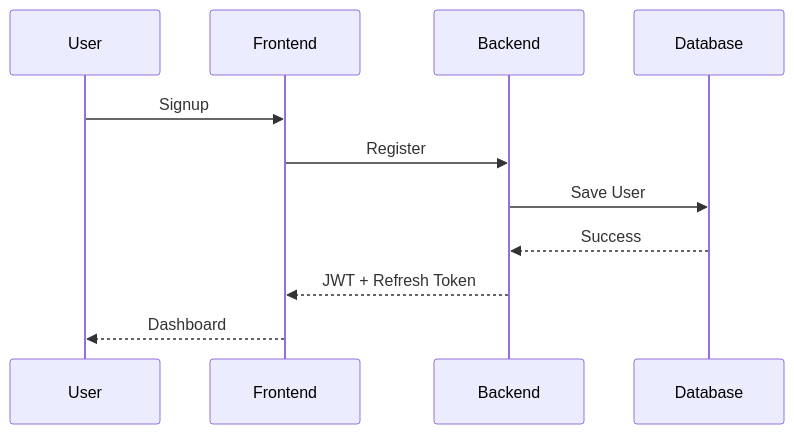
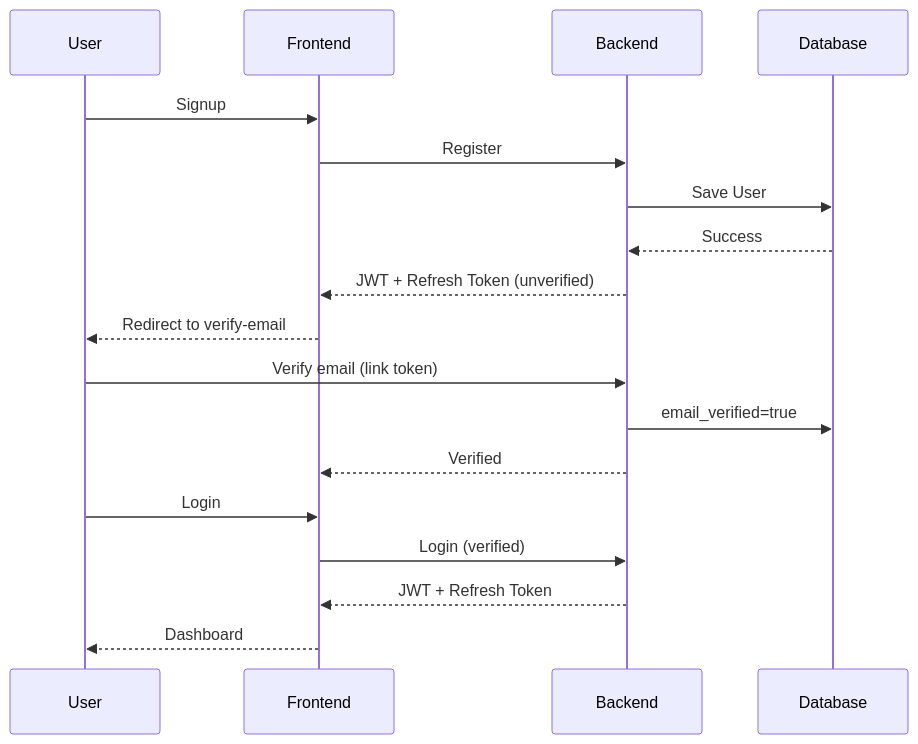
Before and after one commit to riturajlabs/webchat-AI: the third of 15 diagrams in docs/03-App-Flow.md, drawn with Mermaid. The commit also changed other lines of this file and 63 other files, not shown here.

````diff
--- a/docs/03-App-Flow.md
+++ b/docs/03-App-Flow.md
@@ -86,15 +93,22 @@
 ```mermaid
 sequenceDiagram
 
 participant User
 participant Frontend
 participant Backend
 participant Database
 
 User->>Frontend: Signup
 Frontend->>Backend: Register
 Backend->>Database: Save User
 Database-->>Backend: Success
+Backend-->>Frontend: JWT + Refresh Token (unverified)
+Frontend-->>User: Redirect to verify-email
+User->>Backend: Verify email (link token)
+Backend->>Database: email_verified=true
+Backend-->>Frontend: Verified
+User->>Frontend: Login
+Frontend->>Backend: Login (verified)
 Backend-->>Frontend: JWT + Refresh Token
 Frontend-->>User: Dashboard
 ```
````
